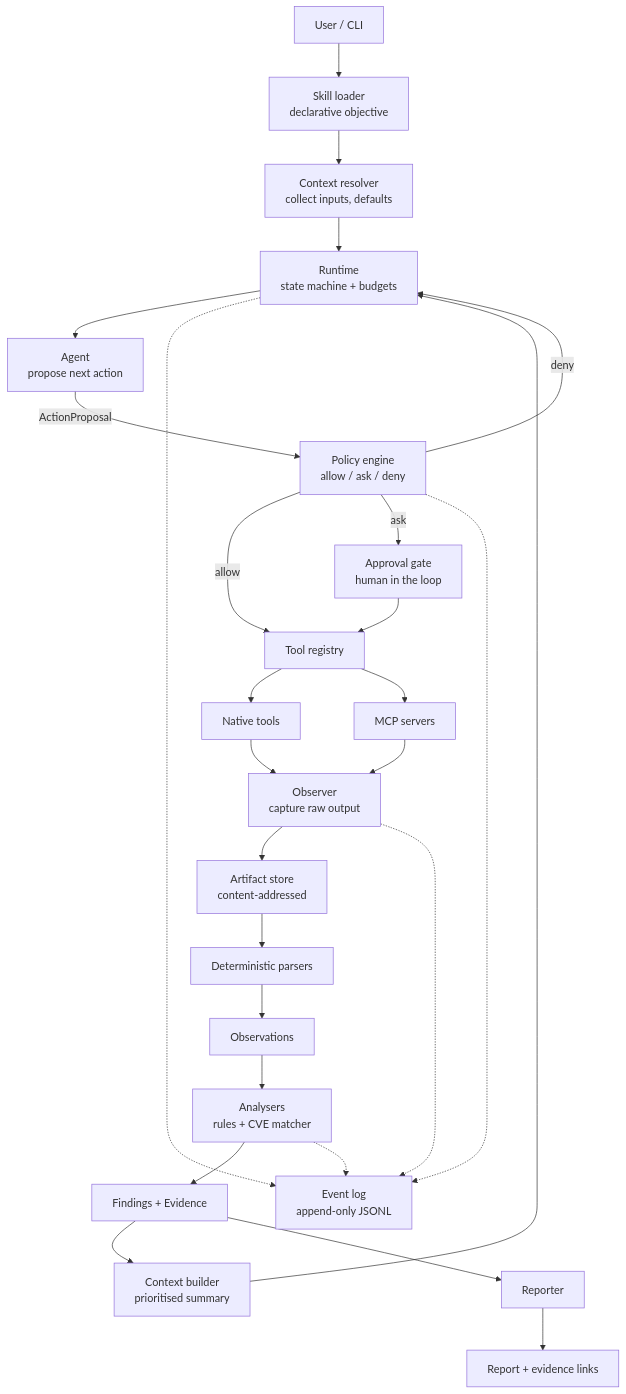
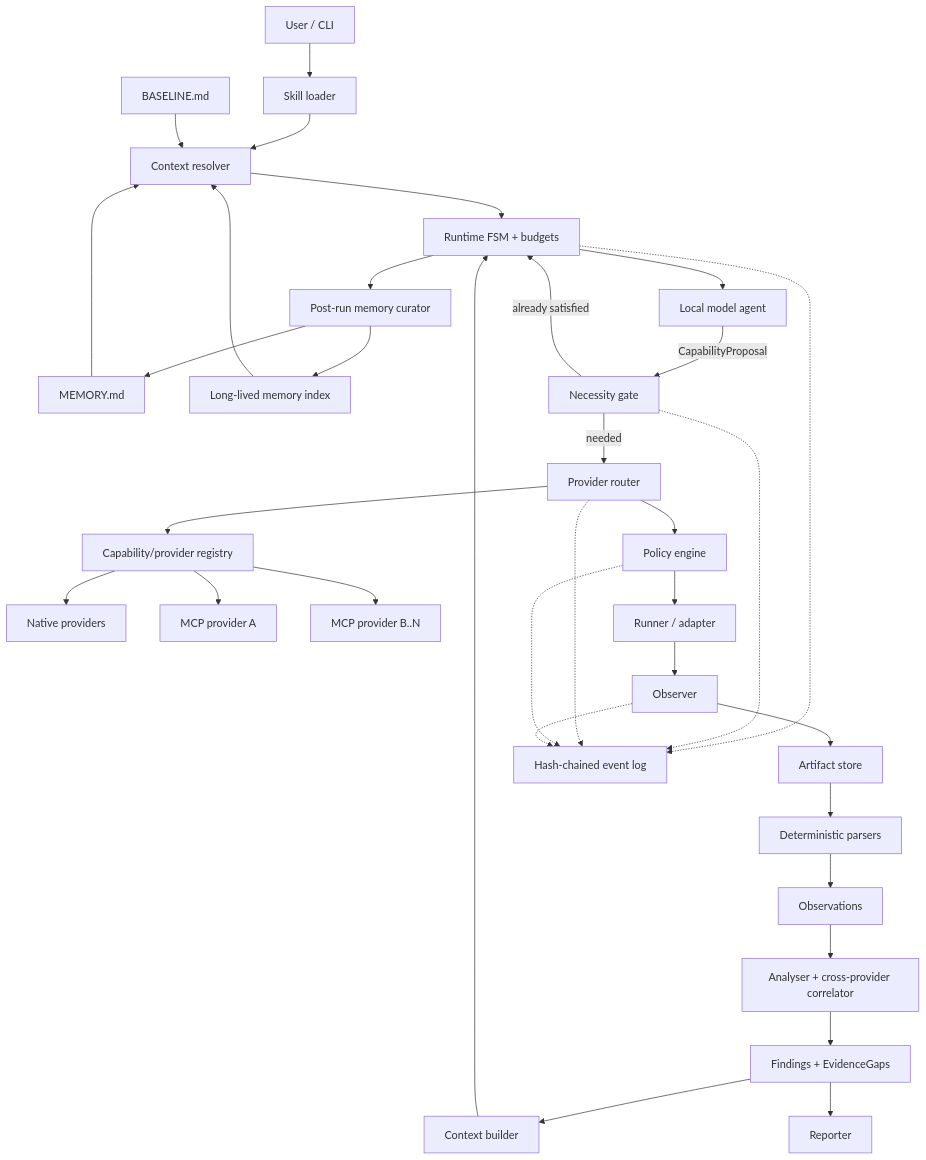
Before and after one commit to Samubrine/security-agent-harness: the diagram in docs/design/01-architecture.md, drawn with Mermaid. The commit also changed other lines of this file and 10 other files, not shown here.

Commit message:
docs: adopt local-first memory and necessity-gated multi-provider architecture

````diff
--- a/docs/design/01-architecture.md
+++ b/docs/design/01-architecture.md
@@ -32,29 +19,36 @@
 ```mermaid
 flowchart TD
-  U["User / CLI"] --> SK["Skill loader<br/>declarative objective"]
-  SK --> CR["Context resolver<br/>collect inputs, defaults"]
-  CR --> RT["Runtime<br/>state machine + budgets"]
-  RT --> AG["Agent<br/>propose next action"]
-  AG -->|ActionProposal| PE["Policy engine<br/>allow / ask / deny"]
-  PE -->|allow| TR["Tool registry"]
-  PE -->|ask| AP["Approval gate<br/>human in the loop"]
-  AP --> TR
-  PE -->|deny| RT
-  TR --> NT["Native tools"]
-  TR --> MC["MCP servers"]
-  NT --> OB["Observer<br/>capture raw output"]
-  MC --> OB
-  OB --> AR["Artifact store<br/>content-addressed"]
+  U["User / CLI"] --> SK["Skill loader"]
+  SK --> CR["Context resolver"]
+  BM["BASELINE.md"] --> CR
+  AM["MEMORY.md"] --> CR
+  LM["Long-lived memory index"] --> CR
+  CR --> RT["Runtime FSM + budgets"]
+  RT --> AG["Local model agent"]
+  AG -->|CapabilityProposal| NG["Necessity gate"]
+  NG -->|already satisfied| RT
+  NG -->|needed| PR["Provider router"]
+  PR --> REG["Capability/provider registry"]
+  REG --> NT["Native providers"]
+  REG --> M1["MCP provider A"]
+  REG --> M2["MCP provider B..N"]
+  PR --> PE["Policy engine"]
+  PE --> EX["Runner / adapter"]
+  EX --> OB["Observer"]
+  OB --> AR["Artifact store"]
   AR --> PA["Deterministic parsers"]
   PA --> OBS["Observations"]
-  OBS --> AN["Analysers<br/>rules + CVE matcher"]
-  AN --> FI["Findings + Evidence"]
-  FI --> CTX["Context builder<br/>prioritised summary"]
+  OBS --> CO["Analyser + cross-provider correlator"]
+  CO --> FI["Findings + EvidenceGaps"]
+  FI --> CTX["Context builder"]
   CTX --> RT
   FI --> RP["Reporter"]
-  RP --> OUT["Report + evidence links"]
-  RT -.-> EL["Event log<br/>append-only JSONL"]
+  RT --> MC["Post-run memory curator"]
+  MC --> AM
+  MC --> LM
+  RT -.-> EL["Hash-chained event log"]
+  NG -.-> EL
+  PR -.-> EL
   PE -.-> EL
   OB -.-> EL
-  AN -.-> EL
 ```
````
